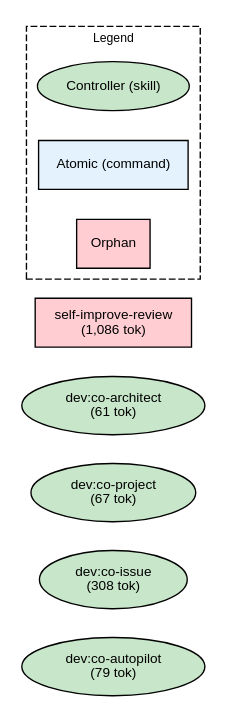
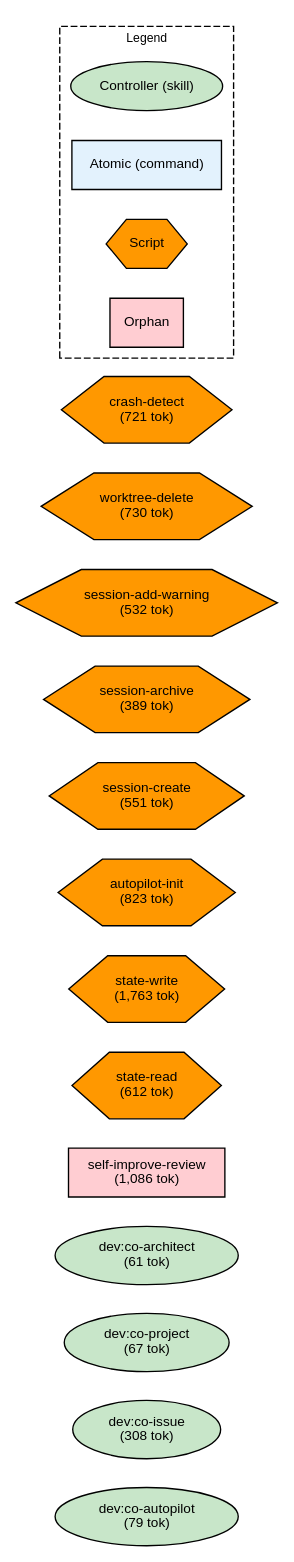
The diagram in plugins/dev/docs/deps.dot (shuu5/twill), drawn with Graphviz before and after one commit. The commit also changed 24 other files, not shown here.

```diff
--- a/plugins/dev/docs/deps.dot
+++ b/plugins/dev/docs/deps.dot
@@ -1,48 +1,58 @@
 digraph Dependencies {
     // Graph settings
     rankdir=LR;
     ranksep=0.8;
     nodesep=0.3;
     fontname="Helvetica";
     node [fontname="Helvetica", fontsize=10];
     edge [fontname="Helvetica", fontsize=9];
 
     // L0: Controller Skills
     skill_co_autopilot [label="dev:co-autopilot\n(79 tok)", shape=ellipse, style=filled, fillcolor="#c8e6c9"];
     skill_co_issue [label="dev:co-issue\n(308 tok)", shape=ellipse, style=filled, fillcolor="#c8e6c9"];
     skill_co_project [label="dev:co-project\n(67 tok)", shape=ellipse, style=filled, fillcolor="#c8e6c9"];
     skill_co_architect [label="dev:co-architect\n(61 tok)", shape=ellipse, style=filled, fillcolor="#c8e6c9"];
 
     // L0: Launchers
 
     // L0.5: Workflow Skills
 
     // Reference Skills
 
     // L1: Direct Commands
 
     // L2: Sub Commands
     cmd_self_improve_review [label="self-improve-review\n(1,086 tok)", shape=box, style=filled, fillcolor="#ffcdd2"];
 
     // L3: Agents
 
     // L3.5: Scripts
+    script_state_read [label="state-read\n(612 tok)", shape=hexagon, style=filled, fillcolor="#FF9800"];
+    script_state_write [label="state-write\n(1,763 tok)", shape=hexagon, style=filled, fillcolor="#FF9800"];
+    script_autopilot_init [label="autopilot-init\n(823 tok)", shape=hexagon, style=filled, fillcolor="#FF9800"];
+    script_session_create [label="session-create\n(551 tok)", shape=hexagon, style=filled, fillcolor="#FF9800"];
+    script_session_archive [label="session-archive\n(389 tok)", shape=hexagon, style=filled, fillcolor="#FF9800"];
+    script_session_add_warning [label="session-add-warning\n(532 tok)", shape=hexagon, style=filled, fillcolor="#FF9800"];
+    script_worktree_delete [label="worktree-delete\n(730 tok)", shape=hexagon, style=filled, fillcolor="#FF9800"];
+    script_crash_detect [label="crash-detect\n(721 tok)", shape=hexagon, style=filled, fillcolor="#FF9800"];
 
     // L4: External
 
     // Layer constraints
     { rank=same; skill_co_autopilot; skill_co_issue; skill_co_project; skill_co_architect; }
     { rank=same; cmd_self_improve_review; }
+    { rank=same; script_state_read; script_state_write; script_autopilot_init; script_session_create; script_session_archive; script_session_add_warning; script_worktree_delete; script_crash_detect; }
 
     // Edges
 
     // Legend
     subgraph cluster_legend {
         label="Legend";
         fontsize=9;
         style=dashed;
         legend_controller [label="Controller (skill)", shape=ellipse, style=filled, fillcolor="#c8e6c9"];
         legend_atomic [label="Atomic (command)", shape=box, style=filled, fillcolor="#e3f2fd"];
+        legend_script [label="Script", shape=hexagon, style=filled, fillcolor="#FF9800"];
         legend_orphan [label="Orphan", shape=box, style=filled, fillcolor="#ffcdd2"];
     }
 }
```
